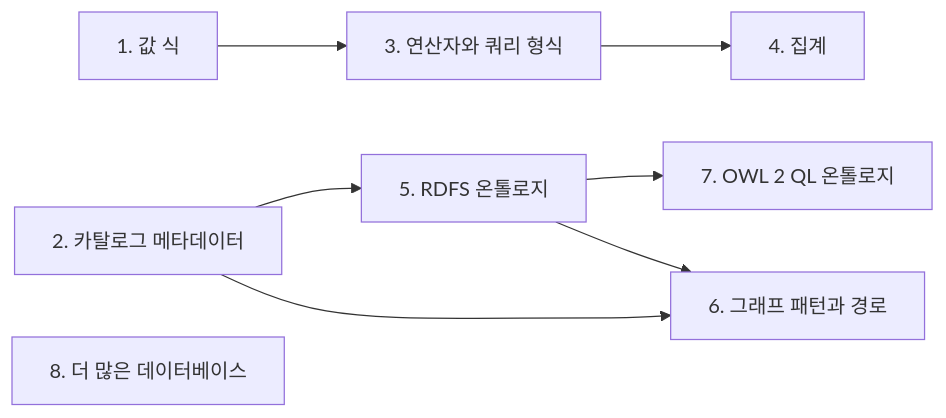
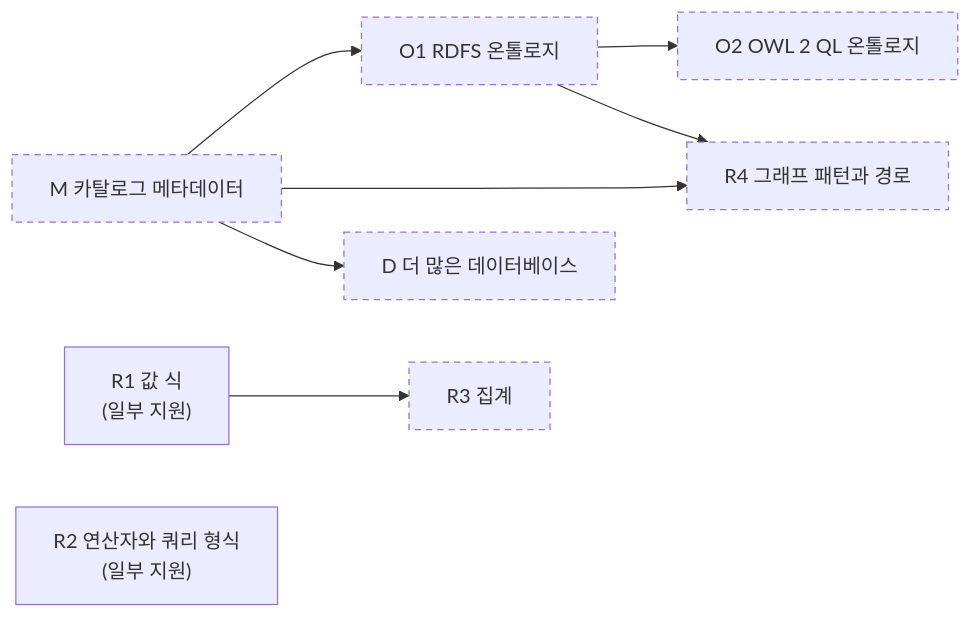
The diagram in README.ko.md (CharmingGroot/sparql-v12n), drawn with Mermaid before and after one commit. The commit also changed other lines of this file and 2 other files, not shown here.

First line of the commit message:
docs: show roadmap dependencies and status by milestone

````diff
--- a/README.ko.md
+++ b/README.ko.md
@@ -155,8 +157,11 @@
 ```mermaid
 flowchart LR
-  R1["1. 값 식"] --> R2["3. 연산자와 쿼리 형식"] --> R3["4. 집계"]
-  M["2. 카탈로그 메타데이터"] --> O1["5. RDFS 온톨로지"] --> O2["7. OWL 2 QL 온톨로지"]
-  M --> R4["6. 그래프 패턴과 경로"]
+  M["M 카탈로그 메타데이터"] --> O1["O1 RDFS 온톨로지"] --> O2["O2 OWL 2 QL 온톨로지"]
+  M --> R4["R4 그래프 패턴과 경로"]
   O1 --> R4
-  D["8. 더 많은 데이터베이스"]
+  M --> D["D 더 많은 데이터베이스"]
+  R1["R1 값 식<br/>(일부 지원)"] --> R3["R3 집계"]
+  R2["R2 연산자와 쿼리 형식<br/>(일부 지원)"]
+  classDef planned stroke-dasharray: 5 4
+  class R3,M,O1,O2,R4,D planned
 ```
````
